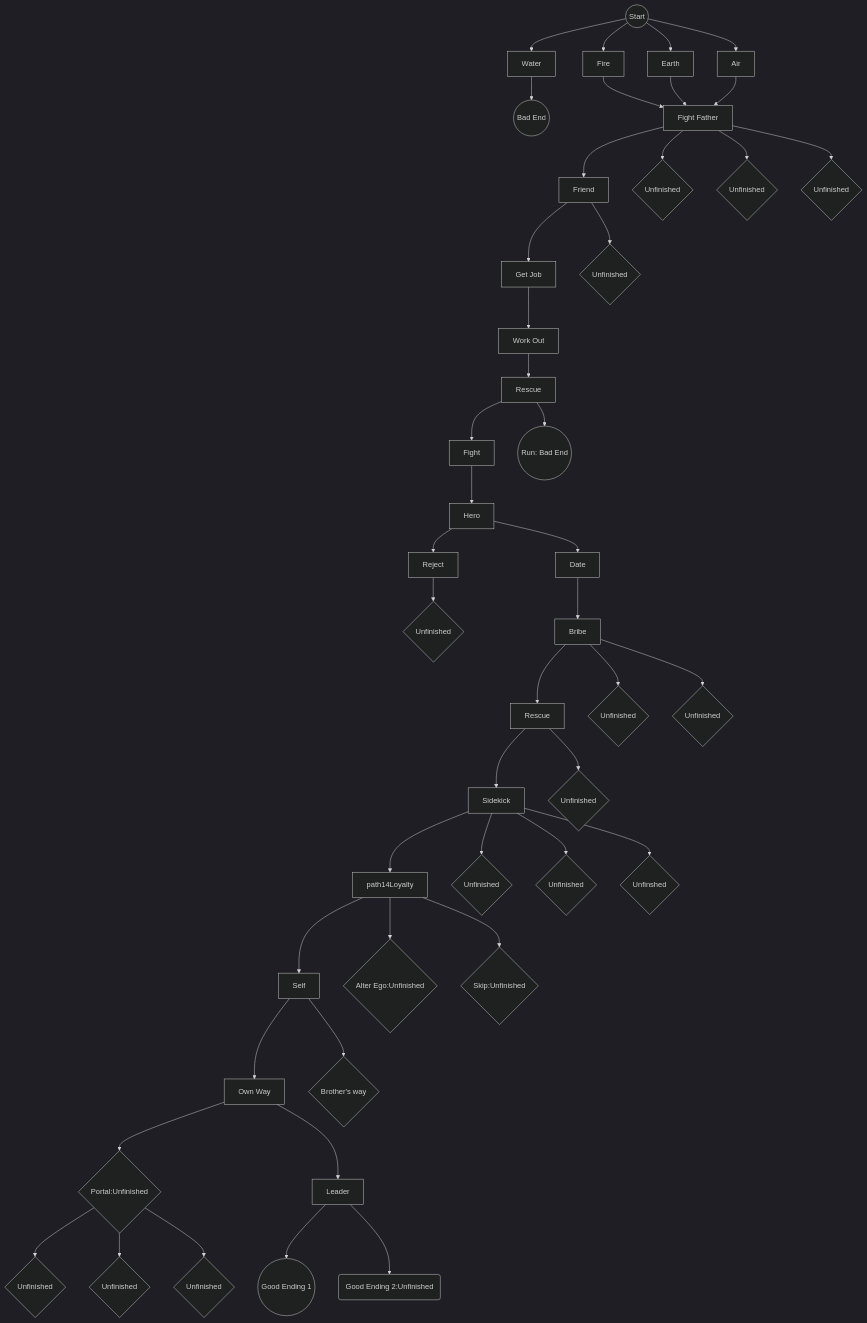
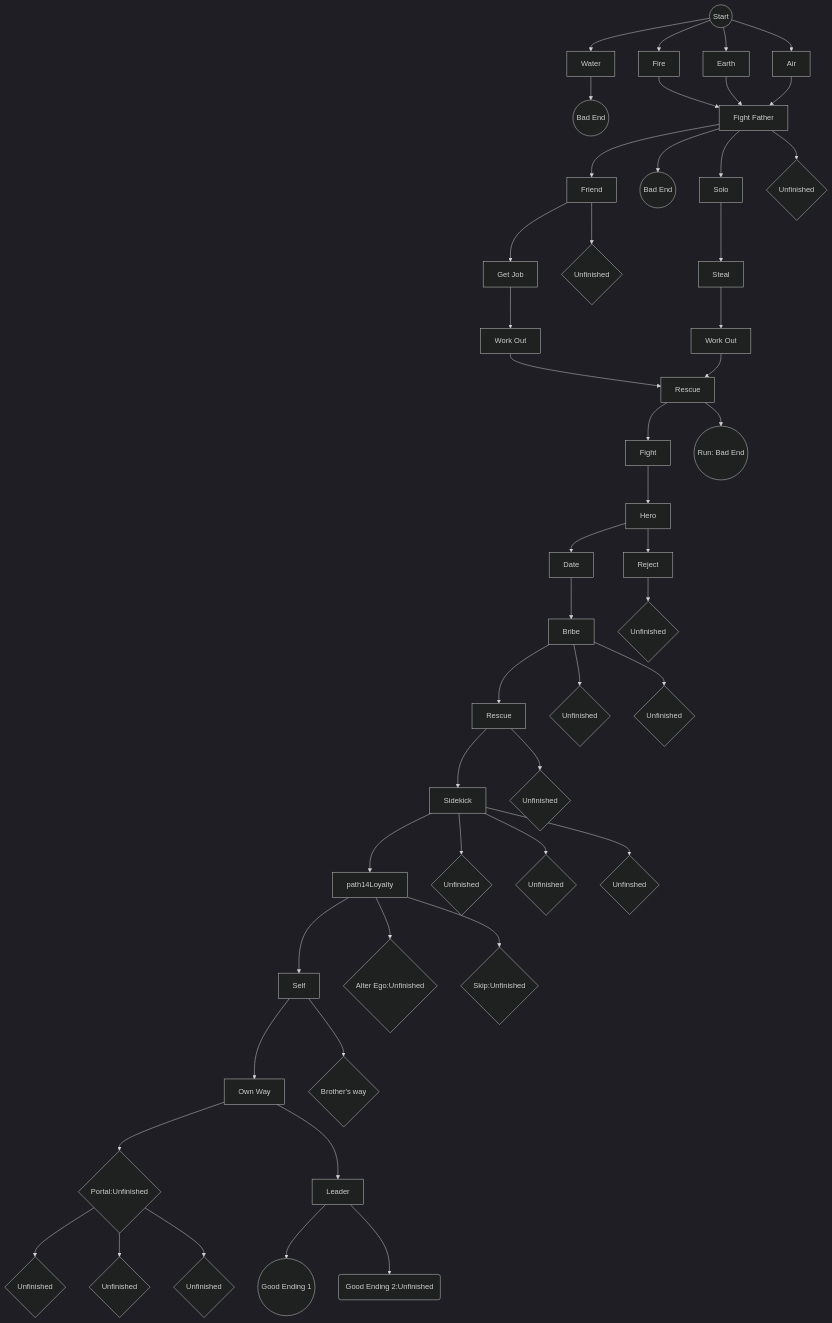
Before and after one commit to Tsuru4/TypeScriptAdventure: the diagram in StoryFlowChart.md, drawn with Mermaid (dark theme). The commit also changed 7 other files, not shown here.

````diff
--- a/StoryFlowChart.md
+++ b/StoryFlowChart.md
@@ -1,62 +1,63 @@
 ```mermaid
 flowchart
     path1((Start))
     
     path1 --> path2Water[Water] --> badpath((Bad End))
     path1 --> path2Fire[Fire] --> path3Fight
     path1 --> path2Earth[Earth] --> path3Fight
     path1 --> path2Air[Air] --> path3Fight
     
     path3Fight[Fight Father]
 
     path3Fight --> path4Friend[Friend]
-    path3Fight --> path4Brother{Unfinished}
-    path3Fight --> path4Solo{Unfinished}
+    path3Fight --> path4Brother((Bad End))
+    path3Fight --> path4Solo[Solo] --> path5StealSolo[Steal] --> path6TrainDesert[Work Out]
     path3Fight --> path4Home{Unfinished}
 
     path4Friend --> path5Job[Get Job]
-    path4Friend --> path5Steal{Unfinished}
+    path4Friend --> path5StealFriend{Unfinished}
 
-    path5Job --> path6Train[Work Out]
+    path5Job --> path6TrainOcean[Work Out]
 
-    path6Train --> path7Rescue[Rescue]
+    path6TrainOcean --> path7Rescue[Rescue]
+    path6TrainDesert --> path7Rescue
 
     path7Rescue --> path8Fight[Fight]
     path7Rescue --> path8Run((Run: Bad End))
 
     path8Fight --> path9Hero[Hero]
 
     path9Hero --> path10Date[Date]
     path9Hero --> path10Reject[Reject]
 
     path10Reject --> unfinishedPath{Unfinished}
     path10Date --> path11Bribe[Bribe]
 
     path11Bribe --> path12Rescue[Rescue]
     path11Bribe --> path12Arrest{Unfinished}
     path11Bribe --> path12Silence{Unfinished}
 
     path12Rescue[Rescue] --> path13Sidekick[Sidekick]
     path12Rescue --> path13Reject{Unfinished}
 
     path13Sidekick --> path14Loyalty
     path13Sidekick --> path14Girl3{Unfinished}
     path13Sidekick --> path14Girl4{Unfinished}
     path13Sidekick --> path14All{Unfinshed}
 
     path14Loyalty --> path15Self[Self]
     path14Loyalty --> path15Hero{Alter Ego:Unfinished}
     path14Loyalty --> path15Skip{Skip:Unfinished}
 
     path15Self --> path16Hero[Own Way]
     path15Self --> path16Cooperate{Brother's way}
 
     path16Hero --> path17Portal{Portal:Unfinished}
     path16Hero --> path17Leader[Leader]
 
     path17Portal --> path18Reopen{Unfinished}
     path17Portal --> path18Run{Unfinished}
     path17Portal --> path18Close{Unfinished}
     path17Leader --> path18Victory((Good Ending 1))
     path17Leader --> path18Mercy(Good Ending 2:Unfinished)
 ```
````
